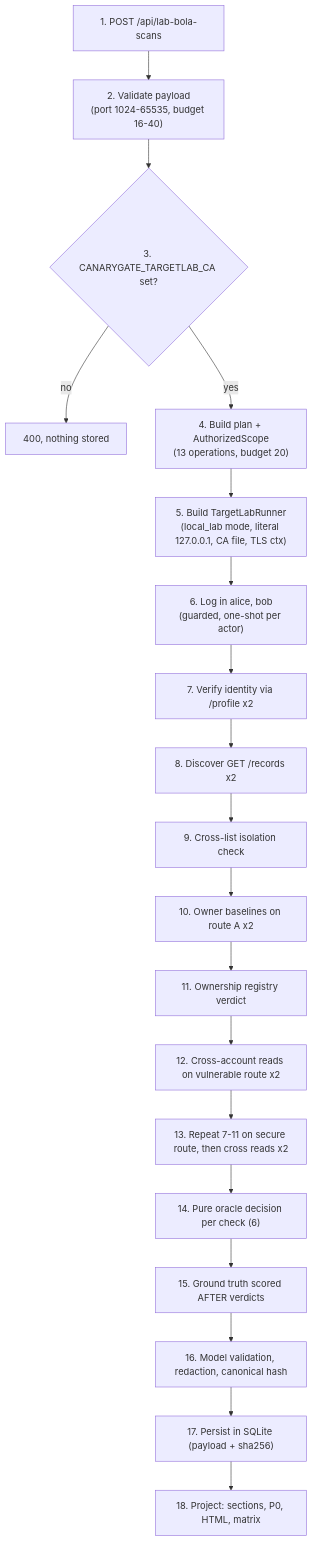
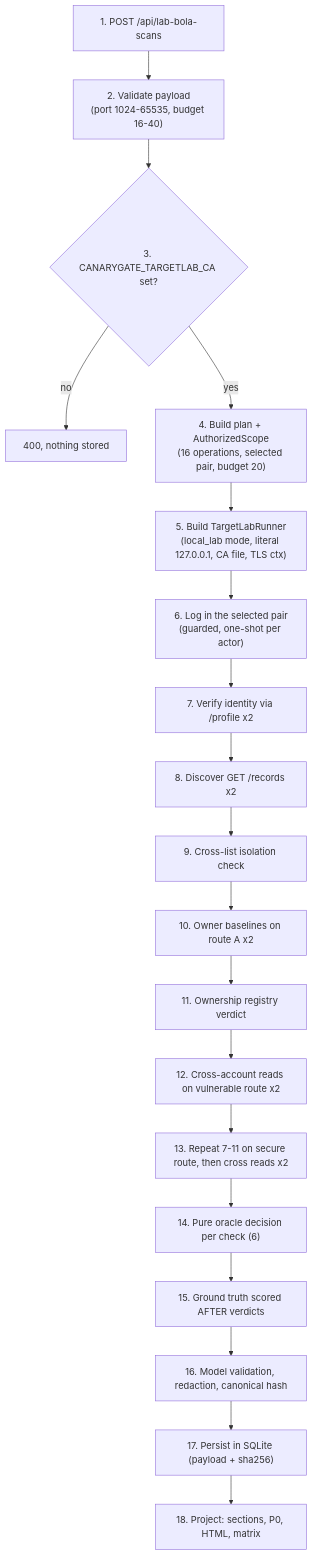
One commit to Ace-095/Hackfusion_30102026 changed the seventh of 10 diagrams in docs/CANARYGATE_COMPLETE_TECHNICAL_GUIDE.md. Above: the diagram before and after it, drawn with Mermaid. The commit also changed other lines of this file, not shown here.

````diff
--- a/docs/CANARYGATE_COMPLETE_TECHNICAL_GUIDE.md
+++ b/docs/CANARYGATE_COMPLETE_TECHNICAL_GUIDE.md
@@ -842,21 +842,21 @@
 ```mermaid
 flowchart TD
     A["1. POST /api/lab-bola-scans"] --> B["2. Validate payload<br/>(port 1024-65535, budget 16-40)"]
     B --> C{"3. CANARYGATE_TARGETLAB_CA set?"}
     C -- no --> X1["400, nothing stored"]
-    C -- yes --> D["4. Build plan + AuthorizedScope<br/>(13 operations, budget 20)"]
+    C -- yes --> D["4. Build plan + AuthorizedScope<br/>(16 operations, selected pair, budget 20)"]
     D --> E["5. Build TargetLabRunner<br/>(local_lab mode, literal 127.0.0.1, CA file, TLS ctx)"]
-    E --> F["6. Log in alice, bob<br/>(guarded, one-shot per actor)"]
+    E --> F["6. Log in the selected pair<br/>(guarded, one-shot per actor)"]
     F --> G["7. Verify identity via /profile x2"]
     G --> H["8. Discover GET /records x2"]
     H --> I["9. Cross-list isolation check"]
     I --> J["10. Owner baselines on route A x2"]
     J --> K["11. Ownership registry verdict"]
     K --> L["12. Cross-account reads on vulnerable route x2"]
     L --> M["13. Repeat 7-11 on secure route, then cross reads x2"]
     M --> N["14. Pure oracle decision per check (6)"]
     N --> O["15. Ground truth scored AFTER verdicts"]
     O --> P["16. Model validation, redaction, canonical hash"]
     P --> Q["17. Persist in SQLite (payload + sha256)"]
     Q --> R["18. Project: sections, P0, HTML, matrix"]
 ```
````
